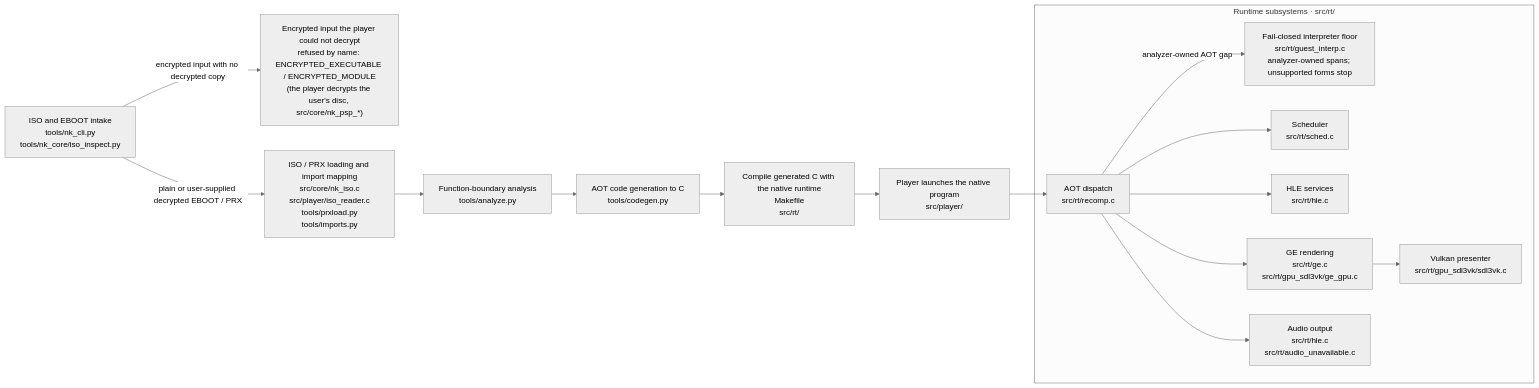
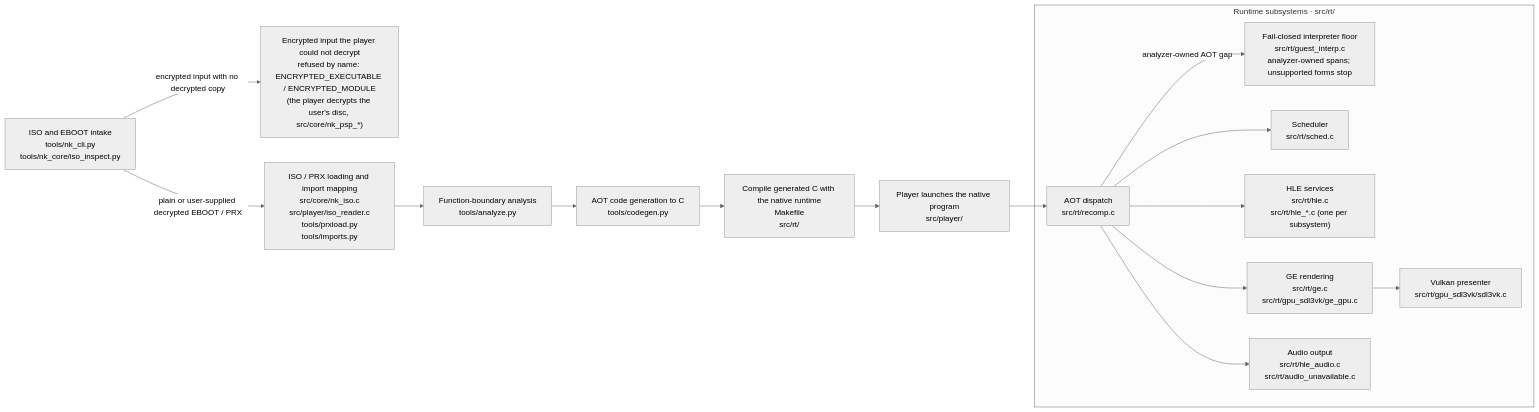
The diagram in docs/ARCHITECTURE.md (Jstar269/nakagawa-recomp), drawn with Mermaid (neutral theme) before and after one commit. The commit also changed other lines of this file and 6 other files, not shown here.

````diff
--- a/docs/ARCHITECTURE.md
+++ b/docs/ARCHITECTURE.md
@@ -19,29 +19,29 @@
 ```mermaid
 flowchart LR
     INTAKE["ISO and EBOOT intake<br/>tools/nk_cli.py<br/>tools/nk_core/iso_inspect.py"]
     REFUSE["Encrypted input the player could not decrypt<br/>refused by name: ENCRYPTED_EXECUTABLE / ENCRYPTED_MODULE<br/>(the player decrypts the user's disc, src/core/nk_psp_*)"]
     LOAD["ISO / PRX loading and import mapping<br/>src/core/nk_iso.c<br/>src/player/iso_reader.c<br/>tools/prxload.py<br/>tools/imports.py"]
     ANALYZE["Function-boundary analysis<br/>tools/analyze.py"]
     CODEGEN["AOT code generation to C<br/>tools/codegen.py"]
     BUILD["Compile generated C with the native runtime<br/>Makefile<br/>src/rt/"]
     PLAYER["Player launches the native program<br/>src/player/"]
 
     subgraph RUNTIME["Runtime subsystems · src/rt/"]
         AOT["AOT dispatch<br/>src/rt/recomp.c"]
         FLOOR["Fail-closed interpreter floor<br/>src/rt/guest_interp.c<br/>analyzer-owned spans; unsupported forms stop"]
         SCHED["Scheduler<br/>src/rt/sched.c"]
-        HLE["HLE services<br/>src/rt/hle.c"]
+        HLE["HLE services<br/>src/rt/hle.c<br/>src/rt/hle_*.c (one per subsystem)"]
         GE["GE rendering<br/>src/rt/ge.c<br/>src/rt/gpu_sdl3vk/ge_gpu.c"]
         VK["Vulkan presenter<br/>src/rt/gpu_sdl3vk/sdl3vk.c"]
-        AUDIO["Audio output<br/>src/rt/hle.c<br/>src/rt/audio_unavailable.c"]
+        AUDIO["Audio output<br/>src/rt/hle_audio.c<br/>src/rt/audio_unavailable.c"]
     end
 
     INTAKE -->|"encrypted input with no decrypted copy"| REFUSE
     INTAKE -->|"plain or user-supplied decrypted EBOOT / PRX"| LOAD
     LOAD --> ANALYZE --> CODEGEN --> BUILD --> PLAYER --> AOT
     AOT -->|"analyzer-owned AOT gap"| FLOOR
     AOT --> SCHED
     AOT --> HLE
     AOT --> GE --> VK
     AOT --> AUDIO
 ```
````
